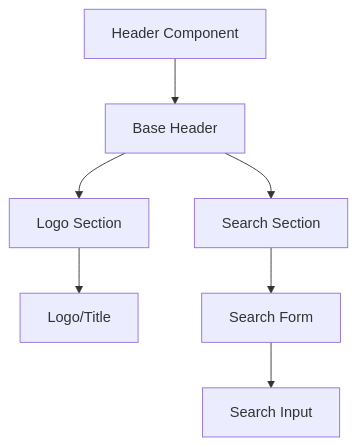
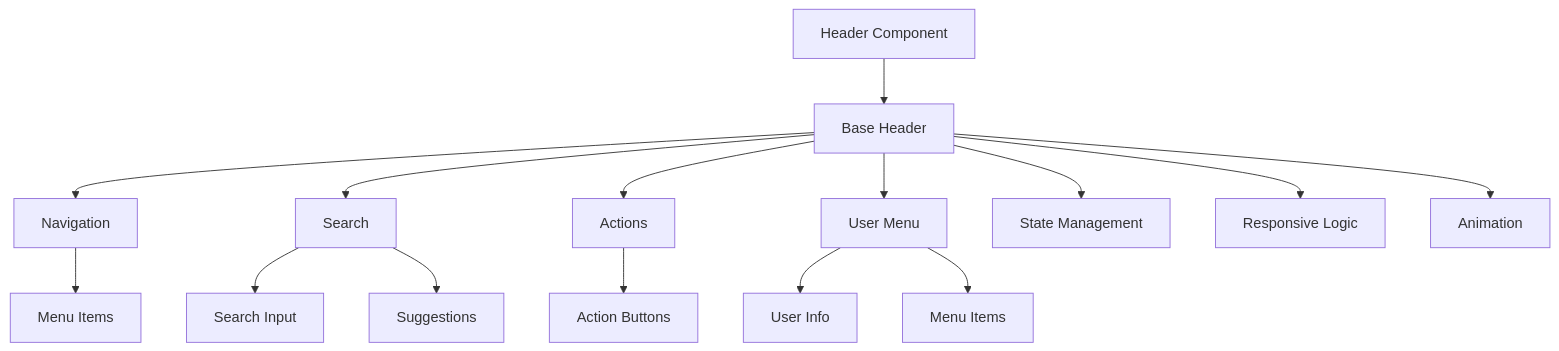
Before and after one commit to gedeza/thrive-send: the first of 3 diagrams in DOCS/components/layout/Header.md, drawn with Mermaid. The commit also changed other lines of this file and 25 other files, not shown here.

````diff
--- a/DOCS/components/layout/Header.md
+++ b/DOCS/components/layout/Header.md
@@ -11,9 +20,20 @@
 ```mermaid
 graph TD
     A[Header Component] --> B[Base Header]
-    B --> C[Logo Section]
-    B --> D[Search Section]
-    C --> E[Logo/Title]
-    D --> F[Search Form]
-    F --> G[Search Input]
+    B --> C[Navigation]
+    B --> D[Search]
+    B --> E[Actions]
+    B --> F[User Menu]
+    
+    C --> G[Menu Items]
+    D --> H[Search Input]
+    D --> I[Suggestions]
+    
+    E --> J[Action Buttons]
+    F --> K[User Info]
+    F --> L[Menu Items]
+    
+    B --> M[State Management]
+    B --> N[Responsive Logic]
+    B --> O[Animation]
 ```
````
